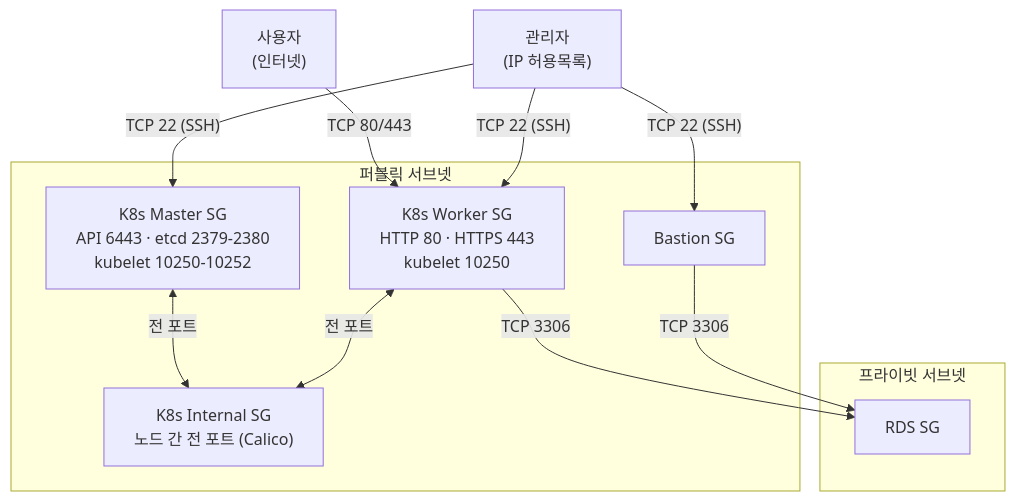
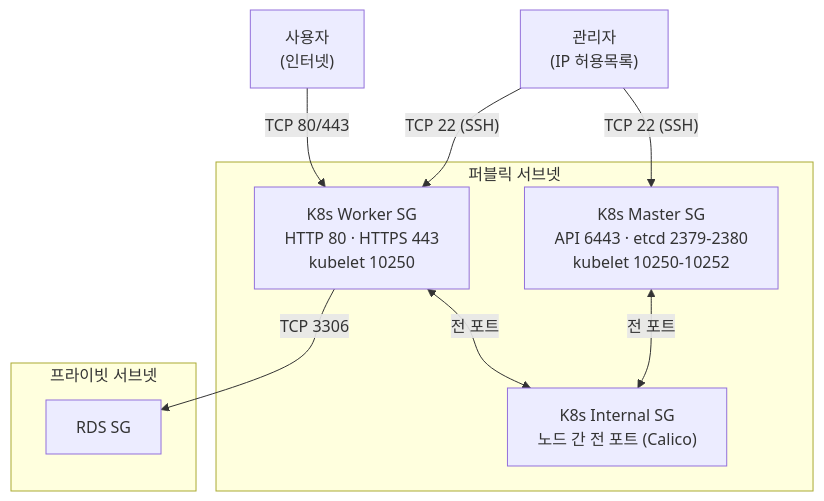
Before and after one commit to 80-hours-a-week/2-cho-community-infra: the third of 3 diagrams in README.md, drawn with Mermaid. The commit also changed other lines of this file and 19 other files, not shown here.

````diff
--- a/README.md
+++ b/README.md
@@ -242,25 +227,22 @@
 ```mermaid
 flowchart TD
     Admin["관리자<br/>(IP 허용목록)"]
     User["사용자<br/>(인터넷)"]
 
     subgraph Public["퍼블릭 서브넷"]
         K8sMaster["K8s Master SG<br/>API 6443 · etcd 2379-2380<br/>kubelet 10250-10252"]
         K8sWorker["K8s Worker SG<br/>HTTP 80 · HTTPS 443<br/>kubelet 10250"]
         K8sInternal["K8s Internal SG<br/>노드 간 전 포트 (Calico)"]
-        Bastion["Bastion SG"]
     end
 
     subgraph Private["프라이빗 서브넷"]
         RDSSG["RDS SG"]
     end
 
     User -->|"TCP 80/443"| K8sWorker
     Admin -->|"TCP 22 (SSH)"| K8sMaster
     Admin -->|"TCP 22 (SSH)"| K8sWorker
-    Admin -->|"TCP 22 (SSH)"| Bastion
     K8sMaster <-->|"전 포트"| K8sInternal
     K8sWorker <-->|"전 포트"| K8sInternal
     K8sWorker -->|"TCP 3306"| RDSSG
-    Bastion -->|"TCP 3306"| RDSSG
 ```
````
